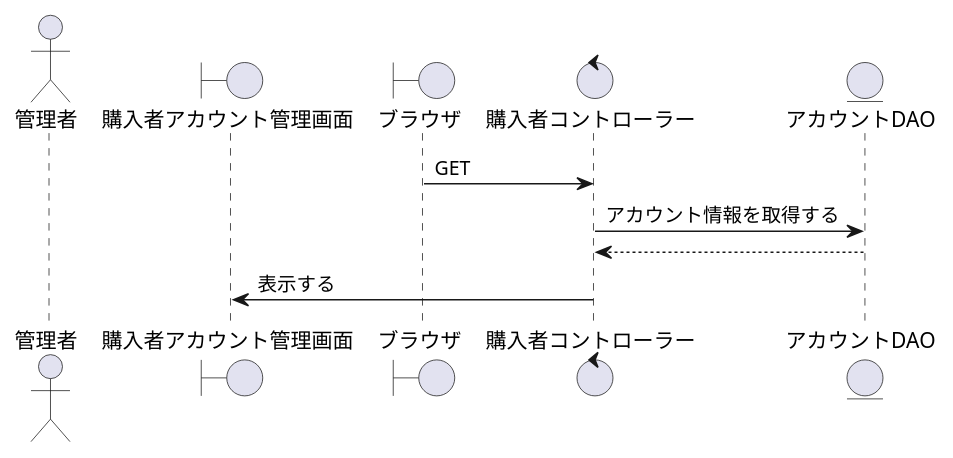
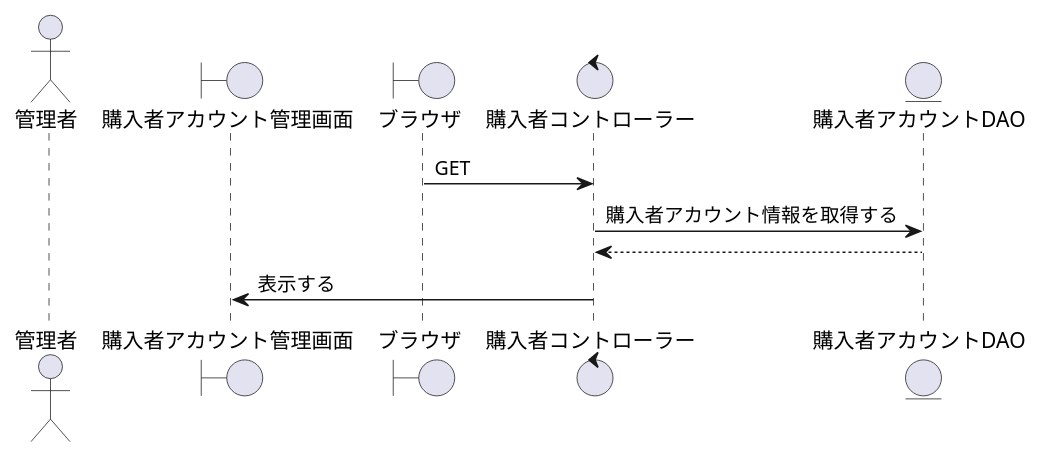
Before and after one commit to SK-B-S/PJ: the diagram in PJ_シーケンス/管理者/購入者アカウント管理表示.wsd, drawn with PlantUML. The commit also changed 13 other files, not shown here.

```diff
--- a/PJ_シーケンス/管理者/購入者アカウント管理表示.wsd
+++ b/PJ_シーケンス/管理者/購入者アカウント管理表示.wsd
@@ -1,16 +1,16 @@
 @startuml 購入者アカウント管理表示
 
 actor    "管理者" as act
 boundary "購入者アカウント管理画面" as purchase_management_s
 boundary "ブラウザ" as brz
 control  "購入者コントローラー" as Acquisition_c
-entity   "アカウントDAO" as Account_DAO
+entity   "購入者アカウントDAO" as Account_DAO
 
 '-------------------------------------------------------------------------------------------
 
 brz -> Acquisition_c : GET
-Acquisition_c -> Account_DAO : アカウント情報を取得する
+Acquisition_c -> Account_DAO : 購入者アカウント情報を取得する
 Acquisition_c <-- Account_DAO
 purchase_management_s <- Acquisition_c : 表示する
 
 @enduml
```
